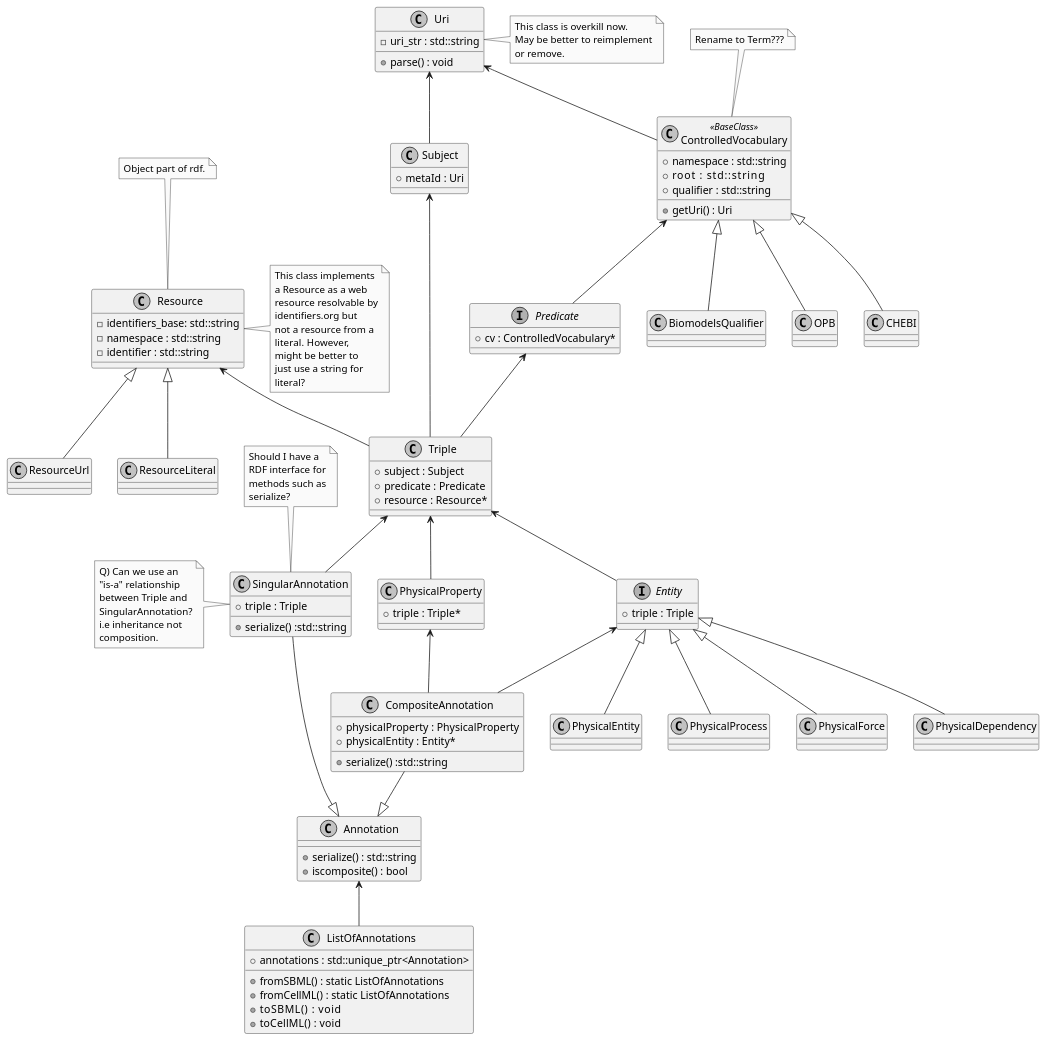
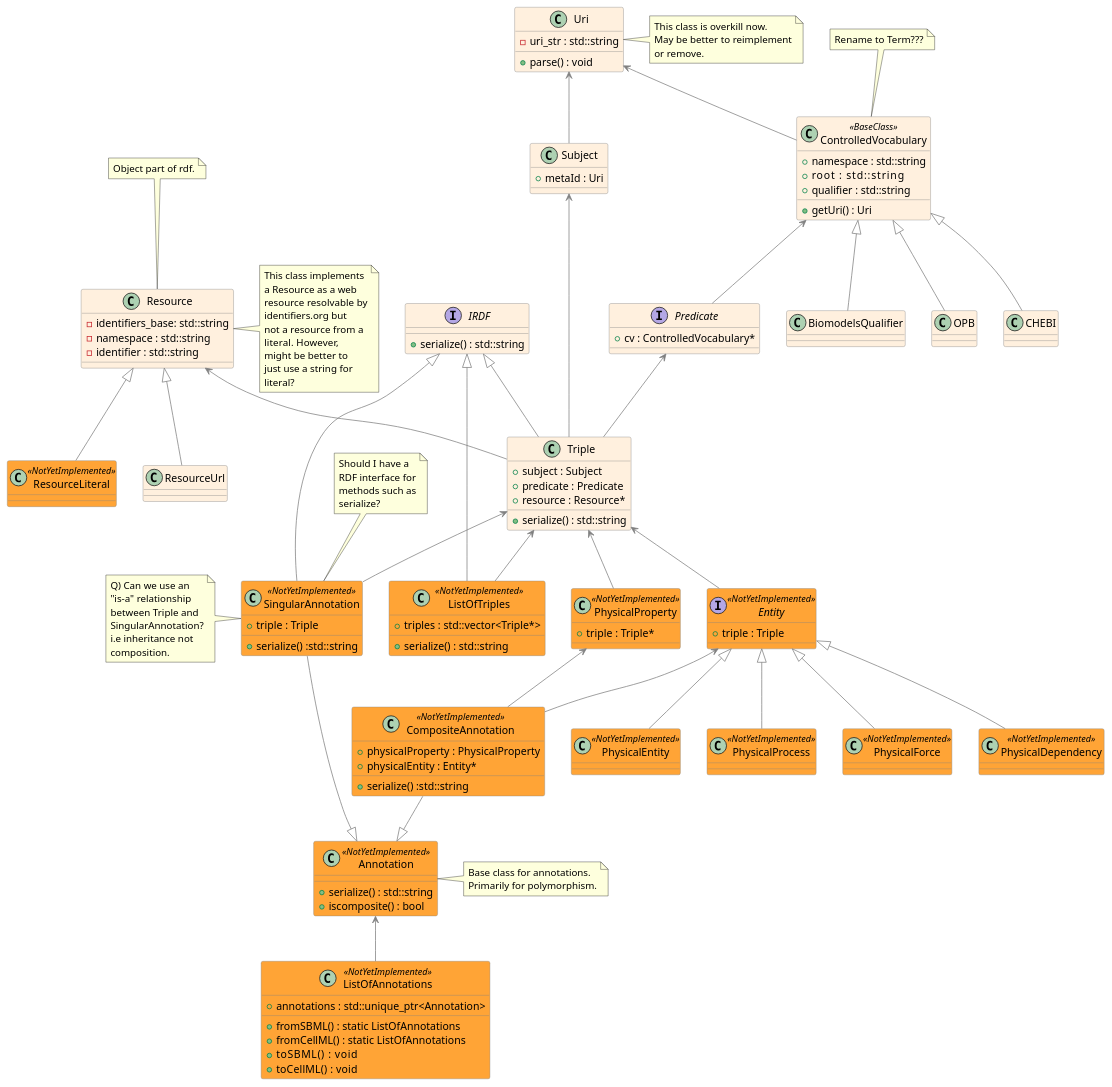
Before and after one commit to sys-bio/libOmexMeta: the diagram in Design/CiaransDesign.puml, drawn with PlantUML. The commit also changed 1 other file, not shown here.

```diff
--- a/Design/CiaransDesign.puml
+++ b/Design/CiaransDesign.puml
@@ -1,160 +1,184 @@
 @startuml
-skinparam monochrome true
+skinparam backgroundcolor white
+
+skinparam class {
+	BackgroundColor FFF0DE
+	ArrowColor grey
+	BorderColor grey
+	BackgroundColor<<NotYetImplemented>> FFA436
+}
 
 
-
-'Base class for all annotations
-class Annotation {
-    + serialize() : std::string
-    + iscomposite() : bool
-}
-'todo Conceptually, could we use an isa relationshop between singular annotation and Triple?
-
-class SingularAnnotation {
-    + triple : Triple
-    + serialize() :std::string
-}
-note top of SingularAnnotation
-    Should I have a
-    RDF interface for
-    methods such as
-    serialize?
-end note
-
-note left of SingularAnnotation
-    Q) Can we use an
-    "is-a" relationship
-    between Triple and
-    SingularAnnotation?
-    i.e inheritance not
-    composition.
-end note
-'Not sure what type the physicalEntity / physicalProperty should have.
-'Not sure what the physicalEntity should be called.
-'From section 2.27 of omex metadata spec: physical entity, process, force or dependency that bears the physical property.
-class CompositeAnnotation {
-    + physicalProperty : PhysicalProperty
-    + physicalEntity : Entity*
-    + serialize() :std::string
-}
-
-SingularAnnotation --|> Annotation
-CompositeAnnotation --|> Annotation
-Triple <-- SingularAnnotation
 
 class Uri {
     - uri_str : std::string
     + parse() : void
 }
 note right of Uri
     This class is overkill now.
     May be better to reimplement
     or remove.
 end note
 class Subject {
     + metaId : Uri
 }
 
 interface Predicate {
     + cv : ControlledVocabulary*
 }
 class ControlledVocabulary <<BaseClass>> {
     + namespace : std::string
     + root      : std::string
     + qualifier : std::string
     + getUri() : Uri
 }
 note top of ControlledVocabulary
     Rename to Term???
 end note
 ControlledVocabulary <-- Predicate
 Uri <-- ControlledVocabulary
 
 class BiomodelsQualifier {}
 class OPB {}
 class CHEBI {}
 ControlledVocabulary <|-- BiomodelsQualifier
 ControlledVocabulary <|-- OPB
 ControlledVocabulary <|-- CHEBI
 
 
 class Resource {
     - identifiers_base: std::string
     - namespace : std::string
     - identifier : std::string
 }
 note right of Resource
     This class implements
     a Resource as a web
     resource resolvable by
     identifiers.org but
     not a resource from a
     literal. However,
     might be better to
     just use a string for
     literal?
 end note
 class ResourceUrl {}
 
-class ResourceLiteral {}
+class ResourceLiteral <<NotYetImplemented>>{}
 
 Resource <|-- ResourceUrl
 Resource <|-- ResourceLiteral
 
 note top of Resource
     Object part of rdf.
 end note
 
 
 class Triple {
     + subject : Subject
     + predicate : Predicate
     + resource : Resource*
+    + serialize() : std::string
 }
 
 Subject <-- Triple
 Predicate <-- Triple
 Resource <-- Triple
 
+class ListOfTriples <<NotYetImplemented>>{
+    + triples : std::vector<Triple*>
+    + serialize() : std::string
+}
+
+interface IRDF {
+    + serialize() : std::string
+}
+
+IRDF <|-- Triple
+IRDF <|-- ListOfTriples
+IRDF <|-- SingularAnnotation
+Triple<-- ListOfTriples
 
 Uri <-- Subject
 
-class PhysicalProperty {
+class PhysicalProperty <<NotYetImplemented>>{
     + triple : Triple*
 }
 Triple <-- PhysicalProperty
 
-interface Entity {
+interface Entity<<NotYetImplemented>> {
     + triple : Triple
 }
 Triple <-- Entity
 
-class PhysicalEntity {}
-class PhysicalProcess {}
-class PhysicalForce {}
-class PhysicalDependency {}
+class PhysicalEntity <<NotYetImplemented>>{}
+class PhysicalProcess<<NotYetImplemented>> {}
+class PhysicalForce <<NotYetImplemented>>{}
+class PhysicalDependency <<NotYetImplemented>>{}
 
 Entity <|-- PhysicalEntity
 Entity <|-- PhysicalProcess
 Entity <|-- PhysicalForce
 Entity <|-- PhysicalDependency
 
+
+'Base class for all annotations
+class Annotation<<NotYetImplemented>> {
+    + serialize() : std::string
+    + iscomposite() : bool
+}
+note right of Annotation
+    Base class for annotations.
+    Primarily for polymorphism.
+end note
+'todo Conceptually, could we use an isa relationshop between singular annotation and Triple?
+
+class SingularAnnotation <<NotYetImplemented>>{
+    + triple : Triple
+    + serialize() :std::string
+}
+note top of SingularAnnotation
+    Should I have a
+    RDF interface for
+    methods such as
+    serialize?
+end note
+
+note left of SingularAnnotation
+    Q) Can we use an
+    "is-a" relationship
+    between Triple and
+    SingularAnnotation?
+    i.e inheritance not
+    composition.
+end note
+'Not sure what type the physicalEntity / physicalProperty should have.
+'Not sure what the physicalEntity should be called.
+'From section 2.27 of omex metadata spec: physical entity, process, force or dependency that bears the physical property.
+class CompositeAnnotation<<NotYetImplemented>> {
+    + physicalProperty : PhysicalProperty
+    + physicalEntity : Entity*
+    + serialize() :std::string
+}
+
+SingularAnnotation --|> Annotation
+CompositeAnnotation --|> Annotation
+Triple <-- SingularAnnotation
+
 Entity <-- CompositeAnnotation
 PhysicalProperty <-- CompositeAnnotation
 
 
-class ListOfAnnotations {
+class ListOfAnnotations <<NotYetImplemented>>{
     + annotations : std::unique_ptr<Annotation>
     + fromSBML() : static ListOfAnnotations
     + fromCellML() : static ListOfAnnotations
     + toSBML() :    void
     + toCellML() :  void
 }
 
 Annotation <-- ListOfAnnotations
 
 
 
-
-
 @enduml
```
